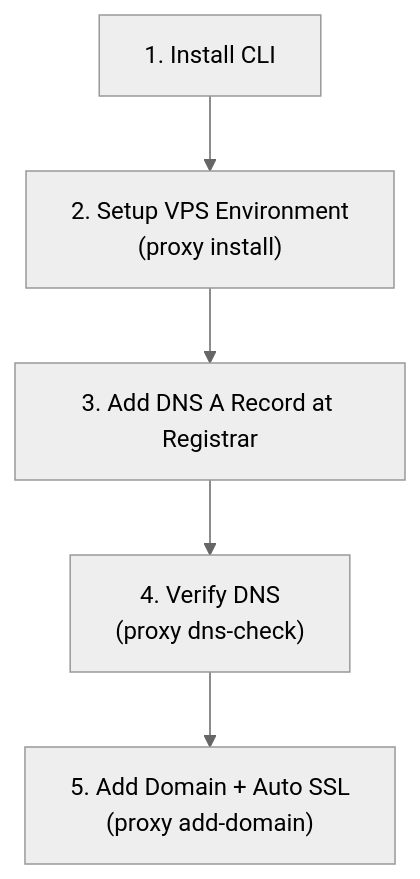
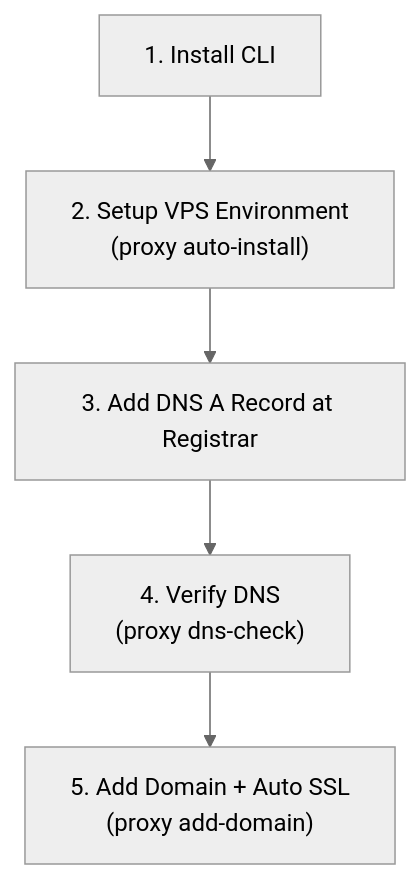
The diagram in README.md (mhiqrambg/nginx-proxy-helper), drawn with Mermaid (neutral theme) before and after one commit. The commit also changed other lines of this file, not shown here.

Commit message:
update README.md with all new features: proxy renew --sync, proxy export, proxy auto-install, interactive uninstall, and DNS conflict detection

````diff
--- a/README.md
+++ b/README.md
@@ -41,7 +41,7 @@
 ```mermaid
 flowchart TD
-    A["1. Install CLI"] --> B["2. Setup VPS Environment\n(proxy install)"]
+    A["1. Install CLI"] --> B["2. Setup VPS Environment\n(proxy auto-install)"]
     B --> C["3. Add DNS A Record at Registrar"]
     C --> D["4. Verify DNS\n(proxy dns-check)"]
     D --> E["5. Add Domain + Auto SSL\n(proxy add-domain)"]
 ```
````
